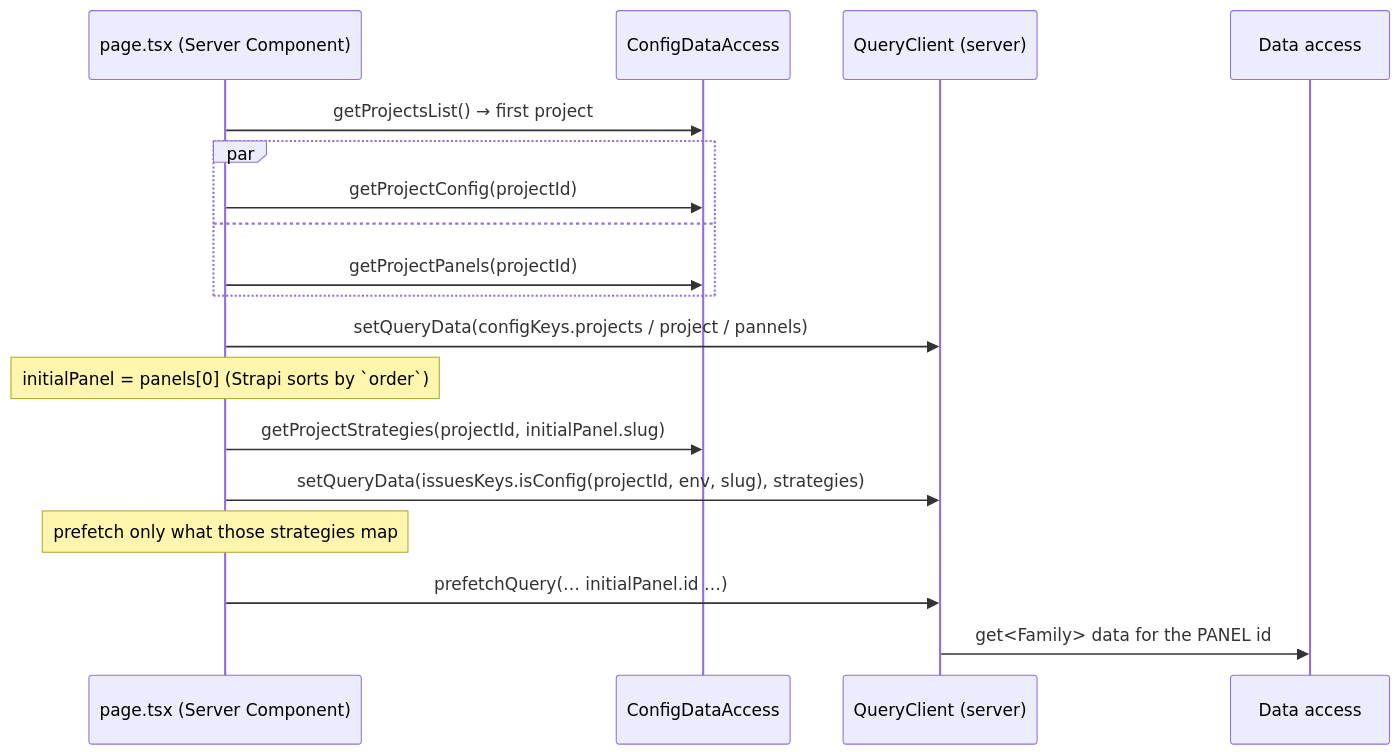
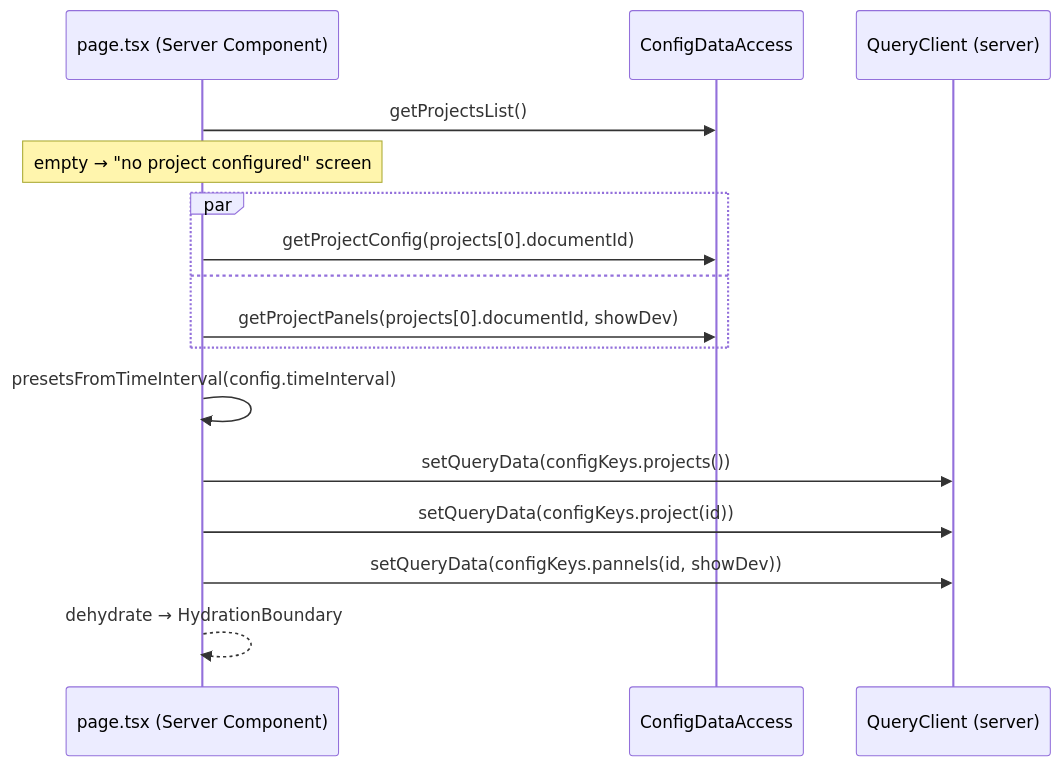
Before and after one commit to webteamuxco/dashboard-monitor: the sixth of 6 diagrams in apps/docs-site/docs/panels.md, drawn with Mermaid. The commit also changed other lines of this file and 10 other files, not shown here.

````diff
--- a/apps/docs-site/docs/panels.md
+++ b/apps/docs-site/docs/panels.md
@@ -225,21 +259,19 @@
 ```mermaid
 sequenceDiagram
     participant Page as page.tsx (Server Component)
     participant Cfg as ConfigDataAccess
     participant QC as QueryClient (server)
-    participant DA as Data access
 
-    Page->>Cfg: getProjectsList() → first project
+    Page->>Cfg: getProjectsList()
+    Note over Page: empty → "no project configured" screen
     par
-        Page->>Cfg: getProjectConfig(projectId)
+        Page->>Cfg: getProjectConfig(projects[0].documentId)
     and
-        Page->>Cfg: getProjectPanels(projectId)
+        Page->>Cfg: getProjectPanels(projects[0].documentId, showDev)
     end
-    Page->>QC: setQueryData(configKeys.projects / project / pannels)
-    Note over Page: initialPanel = panels[0] (Strapi sorts by `order`)
-    Page->>Cfg: getProjectStrategies(projectId, initialPanel.slug)
-    Page->>QC: setQueryData(issuesKeys.isConfig(projectId, env, slug), strategies)
-    Note over Page: prefetch only what those strategies map
-    Page->>QC: prefetchQuery(… initialPanel.id …)
-    QC->>DA: get<Family> data for the PANEL id
+    Page->>Page: presetsFromTimeInterval(config.timeInterval)
+    Page->>QC: setQueryData(configKeys.projects())
+    Page->>QC: setQueryData(configKeys.project(id))
+    Page->>QC: setQueryData(configKeys.pannels(id, showDev))
+    Page-->>Page: dehydrate → HydrationBoundary
 ```
````
